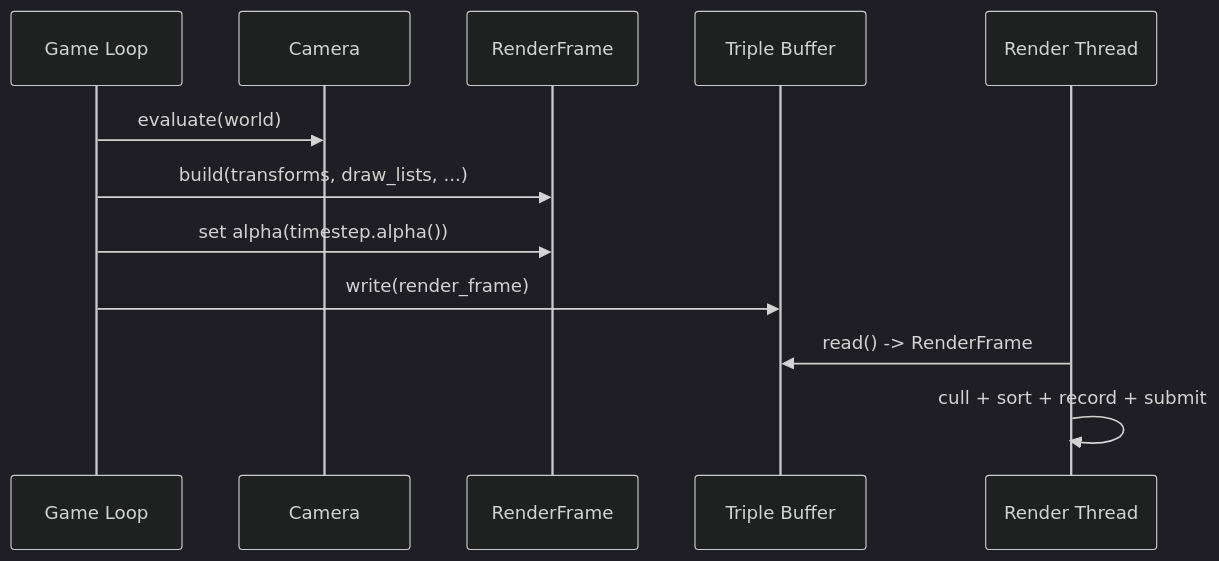
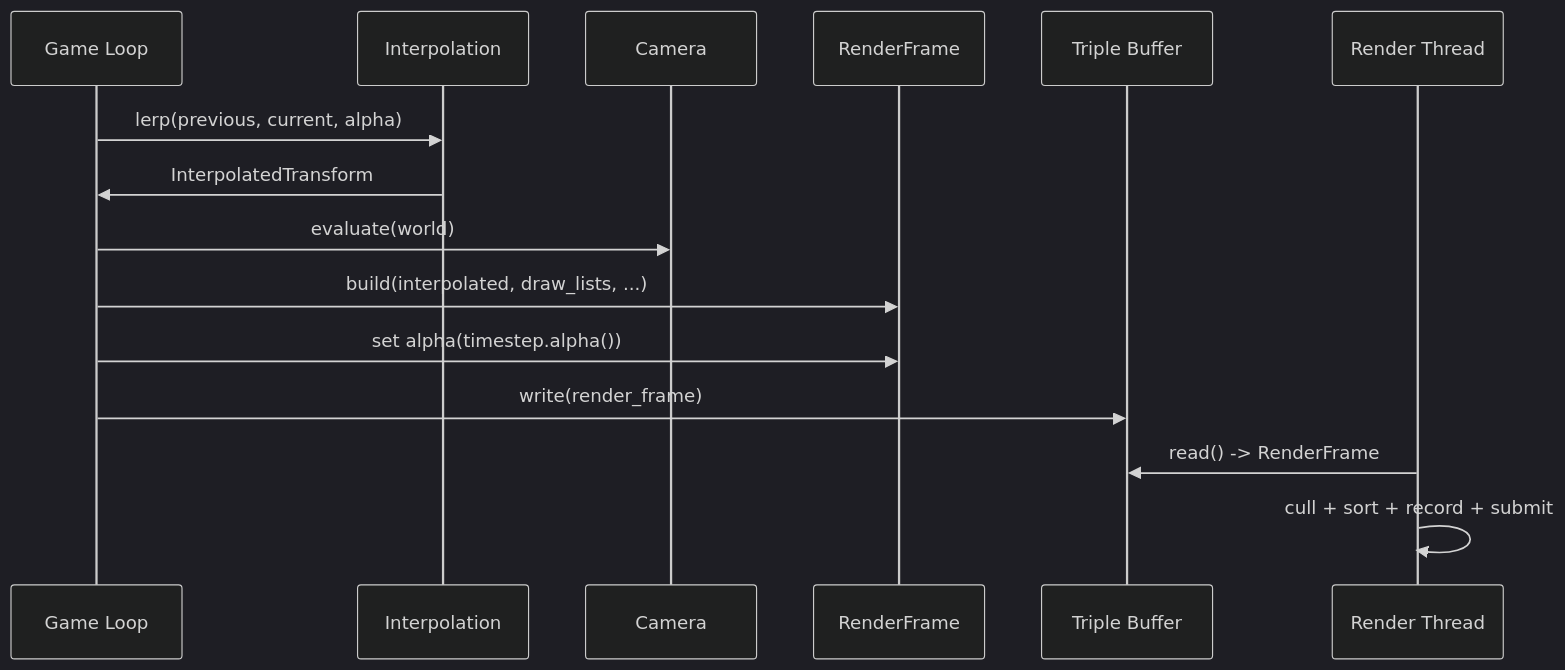
The eighth of 8 diagrams in docs/design/core-runtime/game-loop.md (harmonius-dev/harmonius), drawn with Mermaid (dark theme) before and after one commit. The commit also changed other lines of this file and 174 other files, not shown here.

````diff
--- a/docs/design/core-runtime/game-loop.md
+++ b/docs/design/core-runtime/game-loop.md
@@ -456,15 +574,18 @@
 ```mermaid
 sequenceDiagram
     participant GL as Game Loop
+    participant IT as Interpolation
     participant CAM as Camera
     participant RF as RenderFrame
     participant TB as Triple Buffer
     participant RT as Render Thread
 
+    GL->>IT: lerp(previous, current, alpha)
+    IT->>GL: InterpolatedTransform
     GL->>CAM: evaluate(world)
-    GL->>RF: build(transforms, draw_lists, ...)
+    GL->>RF: build(interpolated, draw_lists, ...)
     GL->>RF: set alpha(timestep.alpha())
     GL->>TB: write(render_frame)
     RT->>TB: read() -> RenderFrame
     RT->>RT: cull + sort + record + submit
 ```
````
